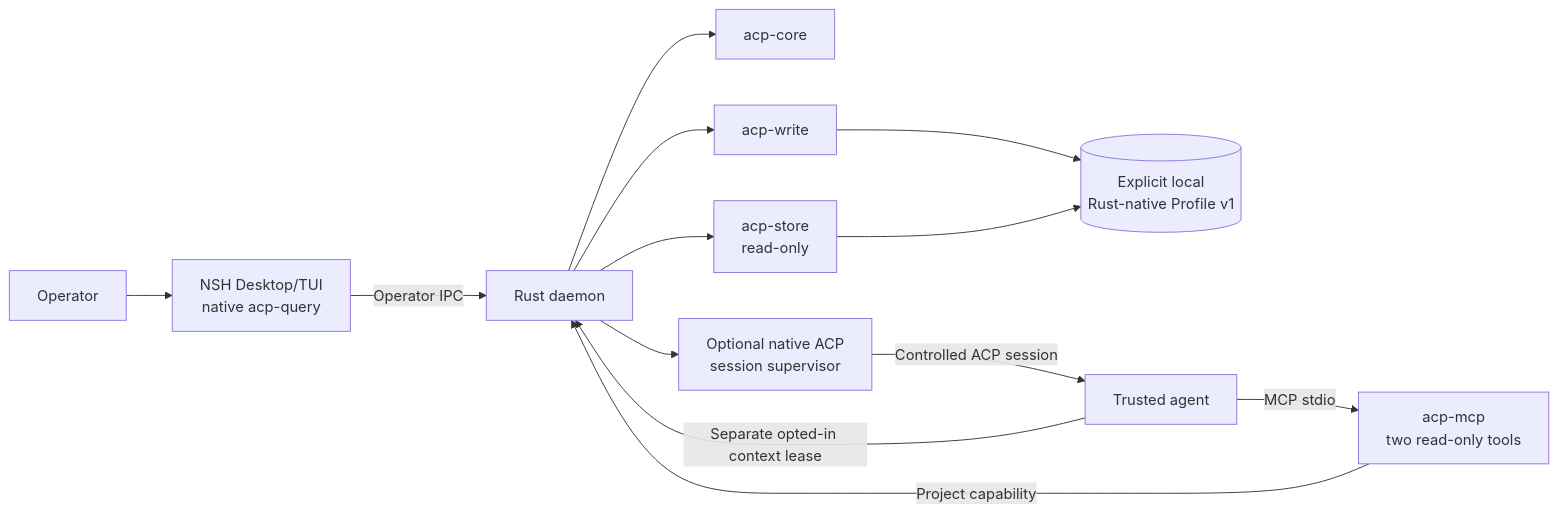
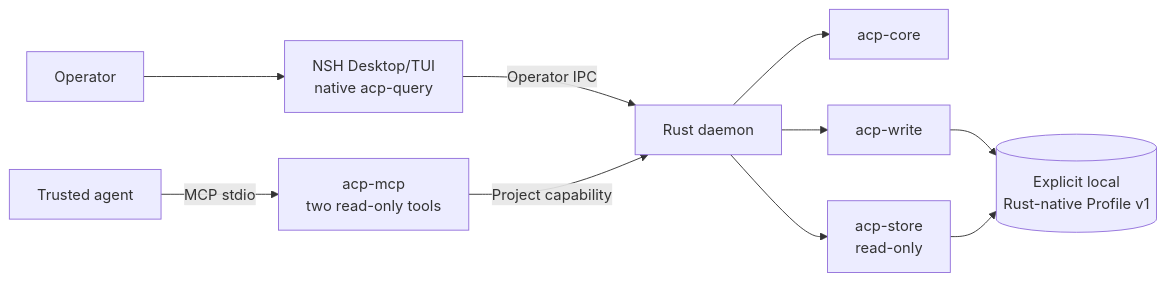
One commit to ybakiame/precept changed the diagram in docs/architecture.md. Above: the diagram before and after it, drawn with Mermaid. The commit also changed other lines of this file and 61 other files, not shown here.

````diff
--- a/docs/architecture.md
+++ b/docs/architecture.md
@@ -10,26 +10,22 @@
 ```mermaid
 flowchart LR
     Operator["Operator"]
     Clients["NSH Desktop/TUI<br/>native acp-query"]
     Daemon["Rust daemon"]
     Core["acp-core"]
     Writer["acp-write"]
     Store["acp-store<br/>read-only"]
     Profile[("Explicit local<br/>Rust-native Profile v1")]
     Agent["Trusted agent"]
     MCP["acp-mcp<br/>two read-only tools"]
-    Session["Optional native ACP<br/>session supervisor"]
 
     Operator --> Clients
     Clients -->|"Operator IPC"| Daemon
     Daemon --> Core
     Daemon --> Writer
     Daemon --> Store
     Writer --> Profile
     Store --> Profile
     Agent -->|"MCP stdio"| MCP
     MCP -->|"Project capability"| Daemon
-    Daemon --> Session
-    Session -->|"Controlled ACP session"| Agent
-    Agent -->|"Separate opted-in context lease"| Daemon
 ```
````
